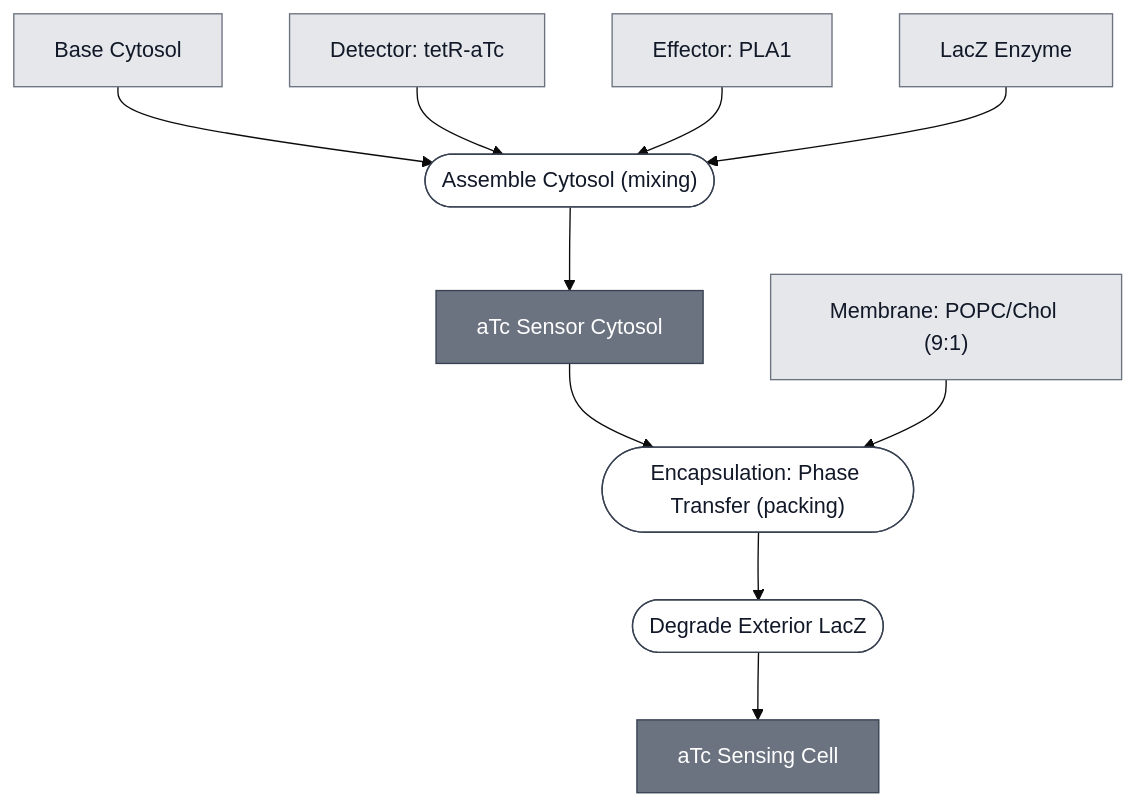
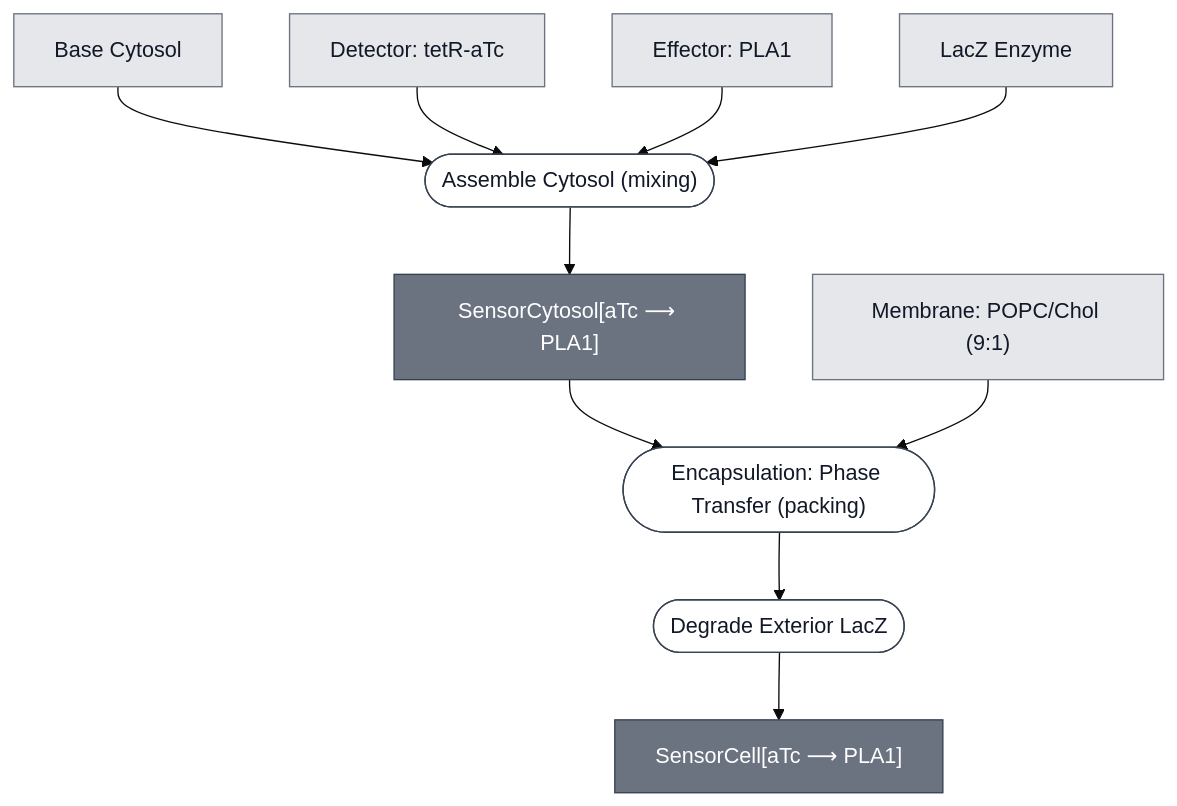
Before and after one commit to nucleus-eng/nucleus-docs: the diagram in docs/modules/atc-sensing-cell/spec.md, drawn with Mermaid (base theme). The commit also changed other lines of this file and 47 other files, not shown here.

````diff
--- a/docs/modules/atc-sensing-cell/spec.md
+++ b/docs/modules/atc-sensing-cell/spec.md
@@ -37,44 +37,44 @@
 ```mermaid
 flowchart TD
     BASE_CYTOSOL["Base Cytosol"]
     DETECTOR_TETR_ATC["Detector: tetR-aTc"]
     EFFECTOR_PLA1["Effector: PLA1"]
     REPORTER_LACZ_ENZYME["LacZ Enzyme"]
     MEMBRANE_CHICAGO["Membrane: POPC/Chol (9:1)"]
 
     P1_ASSEMBLE_CYTOSOL_0(["Assemble Cytosol (mixing)"])
-    ATC_SENSOR_CYTOSOL["aTc Sensor Cytosol"]
+    ATC_SENSOR_CYTOSOL["SensorCytosol[aTc ⟶ PLA1]"]
     P2_ENCAPSULATE_0(["Encapsulation: Phase Transfer (packing)"])
     P2_ENCAPSULATE_1(["Degrade Exterior LacZ"])
-    ATC_SENSING_CELL["aTc Sensing Cell"]
+    ATC_SENSING_CELL["SensorCell[aTc ⟶ PLA1]"]
 
     BASE_CYTOSOL --> P1_ASSEMBLE_CYTOSOL_0
     DETECTOR_TETR_ATC --> P1_ASSEMBLE_CYTOSOL_0
     EFFECTOR_PLA1 --> P1_ASSEMBLE_CYTOSOL_0
     REPORTER_LACZ_ENZYME --> P1_ASSEMBLE_CYTOSOL_0
     P1_ASSEMBLE_CYTOSOL_0 --> ATC_SENSOR_CYTOSOL
 
     ATC_SENSOR_CYTOSOL --> P2_ENCAPSULATE_0
     MEMBRANE_CHICAGO --> P2_ENCAPSULATE_0
     P2_ENCAPSULATE_0 --> P2_ENCAPSULATE_1
     P2_ENCAPSULATE_1 --> ATC_SENSING_CELL
 
 
     classDef leaf     fill:#e5e7eb,stroke:#6b7280,color:#111827;
     classDef composed fill:#6b7280,stroke:#374151,color:#ffffff;
     classDef process  fill:#ffffff,stroke:#374151,color:#111827;
     class BASE_CYTOSOL,DETECTOR_TETR_ATC,EFFECTOR_PLA1,REPORTER_LACZ_ENZYME,MEMBRANE_CHICAGO leaf;
     class ATC_SENSOR_CYTOSOL,ATC_SENSING_CELL composed;
     class P1_ASSEMBLE_CYTOSOL_0,P2_ENCAPSULATE_0,P2_ENCAPSULATE_1 process;
 
     click BASE_CYTOSOL "/docs/modules/base-cytosol/spec"
     click DETECTOR_TETR_ATC "/docs/modules/detector-tetr-atc/spec"
     click EFFECTOR_PLA1 "/docs/modules/effector-pla1/spec"
     click REPORTER_LACZ_ENZYME "/docs/modules/reporter-lacz-enzyme/spec"
     click MEMBRANE_CHICAGO "/docs/modules/membrane-popc-chol-chicago/spec"
     click P1_ASSEMBLE_CYTOSOL_0 "/docs/processes/assemble-cytosol/assemble-cytosol-main"
     click ATC_SENSOR_CYTOSOL "/docs/modules/atc-sensor-cytosol/spec"
     click P2_ENCAPSULATE_0 "/docs/processes/assemble-base-cell/main"
     click P2_ENCAPSULATE_1 "/docs/processes/degrade-exterior-lacz/main"
     click ATC_SENSING_CELL "/docs/modules/atc-sensing-cell/spec"
 ```
````
